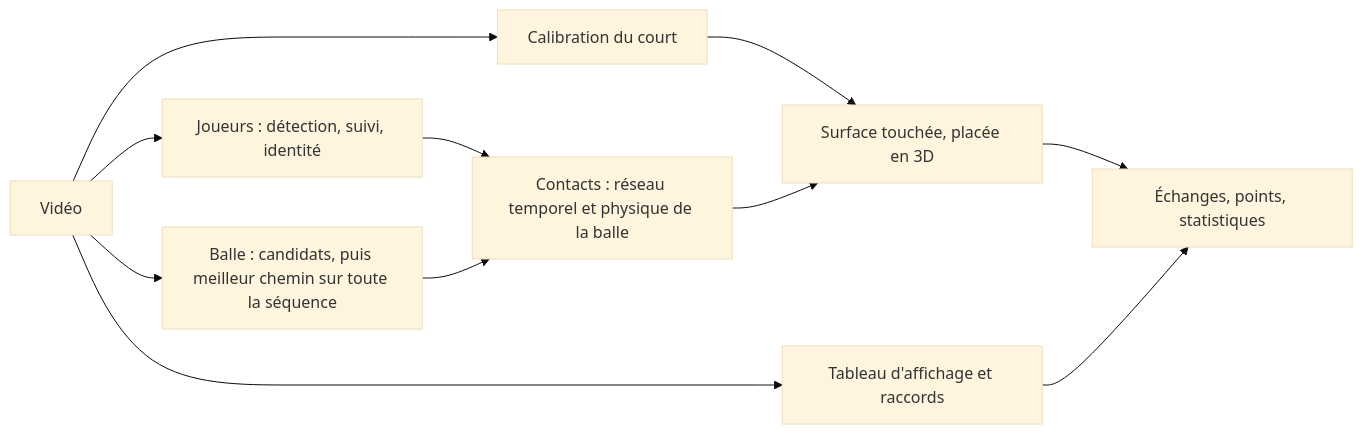
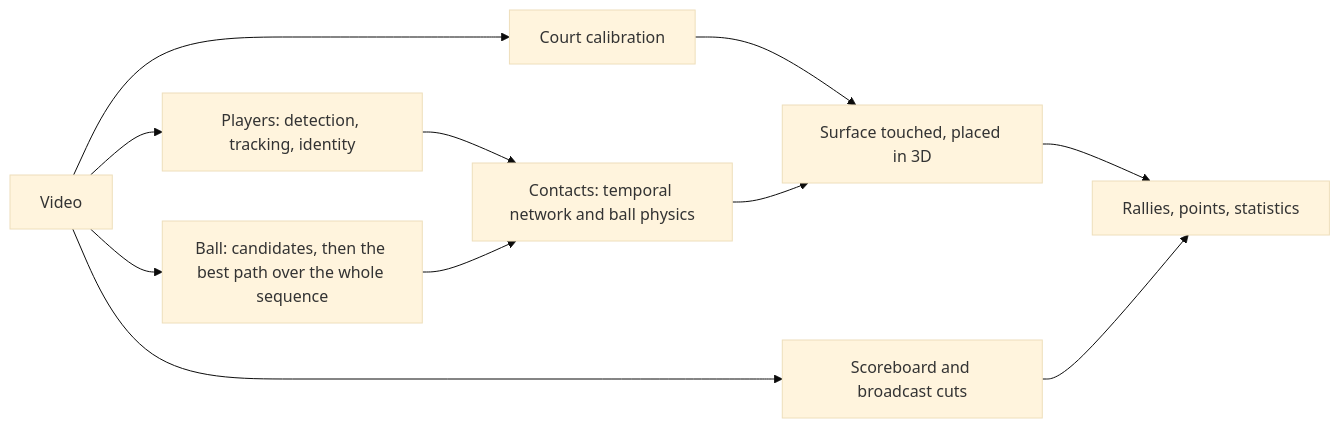
Before and after one commit to lmrt0572/padel-analysis: the diagram in README.md, drawn with Mermaid (base theme). The commit also changed other lines of this file and 4 other files, not shown here.

````diff
--- a/README.md
+++ b/README.md
@@ -48,13 +47,13 @@
 ```mermaid
 flowchart LR
-  V[Vidéo] --> C[Calibration du court]
-  V --> J[Joueurs : détection, suivi, identité]
-  V --> B[Balle : candidats, puis meilleur chemin sur toute la séquence]
-  J --> K[Contacts : réseau temporel et physique de la balle]
+  V[Video] --> C[Court calibration]
+  V --> J[Players: detection, tracking, identity]
+  V --> B[Ball: candidates, then the best path over the whole sequence]
+  J --> K[Contacts: temporal network and ball physics]
   B --> K
-  C --> S[Surface touchée, placée en 3D]
+  C --> S[Surface touched, placed in 3D]
   K --> S
-  V --> T[Tableau d'affichage et raccords]
-  S --> P[Échanges, points, statistiques]
+  V --> T[Scoreboard and broadcast cuts]
+  S --> P[Rallies, points, statistics]
   T --> P
 ```
````
